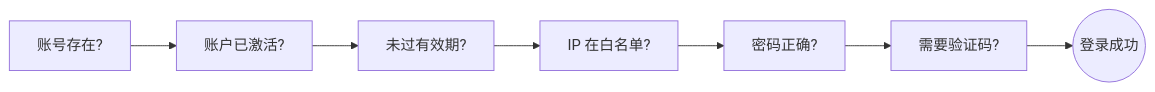
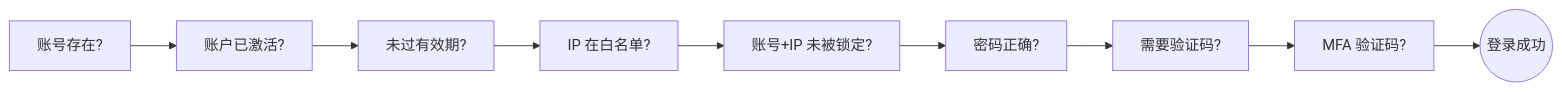
One commit to erupts/erupt-docs changed the diagram in zh/modules/erupt-upms/user.md. Above: the diagram before and after it, drawn with Mermaid. The commit also changed other lines of this file and 114 other files, not shown here.

````diff
--- a/zh/modules/erupt-upms/user.md
+++ b/zh/modules/erupt-upms/user.md
@@ -28,4 +30,4 @@
 ```mermaid
 flowchart LR
-    A[账号存在?] --> B[账户已激活?] --> C[未过有效期?] --> D[IP 在白名单?] --> E[密码正确?] --> F[需要验证码?] --> G((登录成功))
+    A[账号存在?] --> B[账户已激活?] --> C[未过有效期?] --> D[IP 在白名单?] --> L[账号+IP 未被锁定?] --> E[密码正确?] --> F[需要验证码?] --> M[MFA 验证码?] --> G((登录成功))
 ```
````
